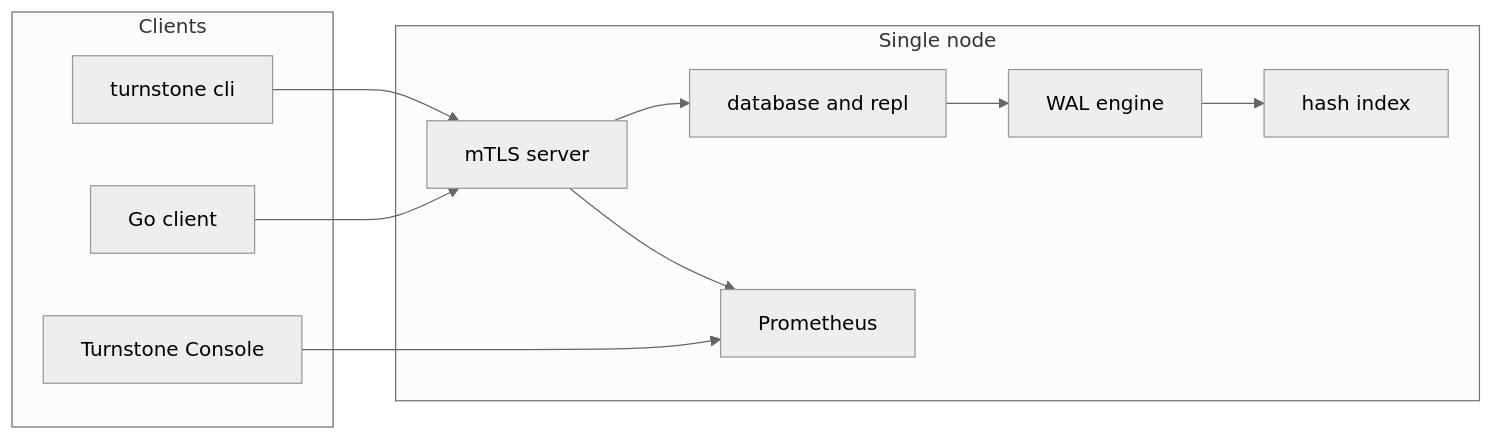
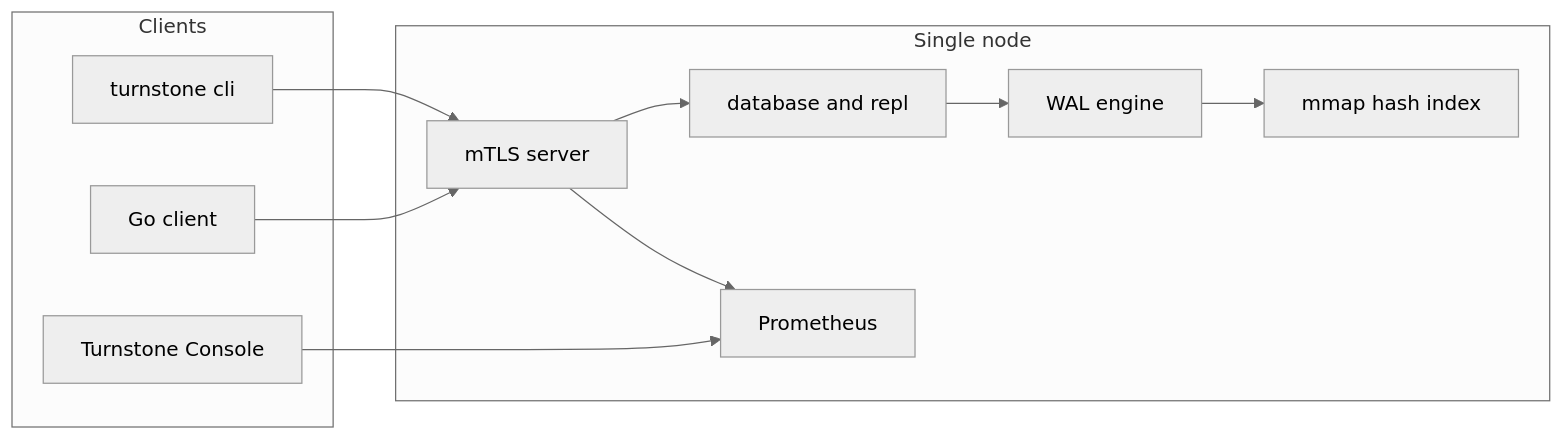
One commit to kirubasankars/turnstone changed the diagram in README.md. Above: the diagram before and after it, drawn with Mermaid (neutral theme). The commit also changed other lines of this file, not shown here.

Commit message:
Rebuild the root README as a homepage with the WAL and mmap storage model.

````diff
--- a/README.md
+++ b/README.md
@@ -20,22 +28,22 @@
 ```mermaid
 flowchart LR
     subgraph clients [Clients]
         cli["turnstone cli"]
         goClient["Go client"]
         console["Turnstone Console"]
     end
     subgraph node [Single node]
         server["mTLS server"]
         database["database and repl"]
         engine["WAL engine"]
-        index["hash index"]
+        index["mmap hash index"]
         metrics[Prometheus]
     end
     cli --> server
     goClient --> server
     console --> metrics
     server --> database
     server --> metrics
     database --> engine
     engine --> index
 ```
````
